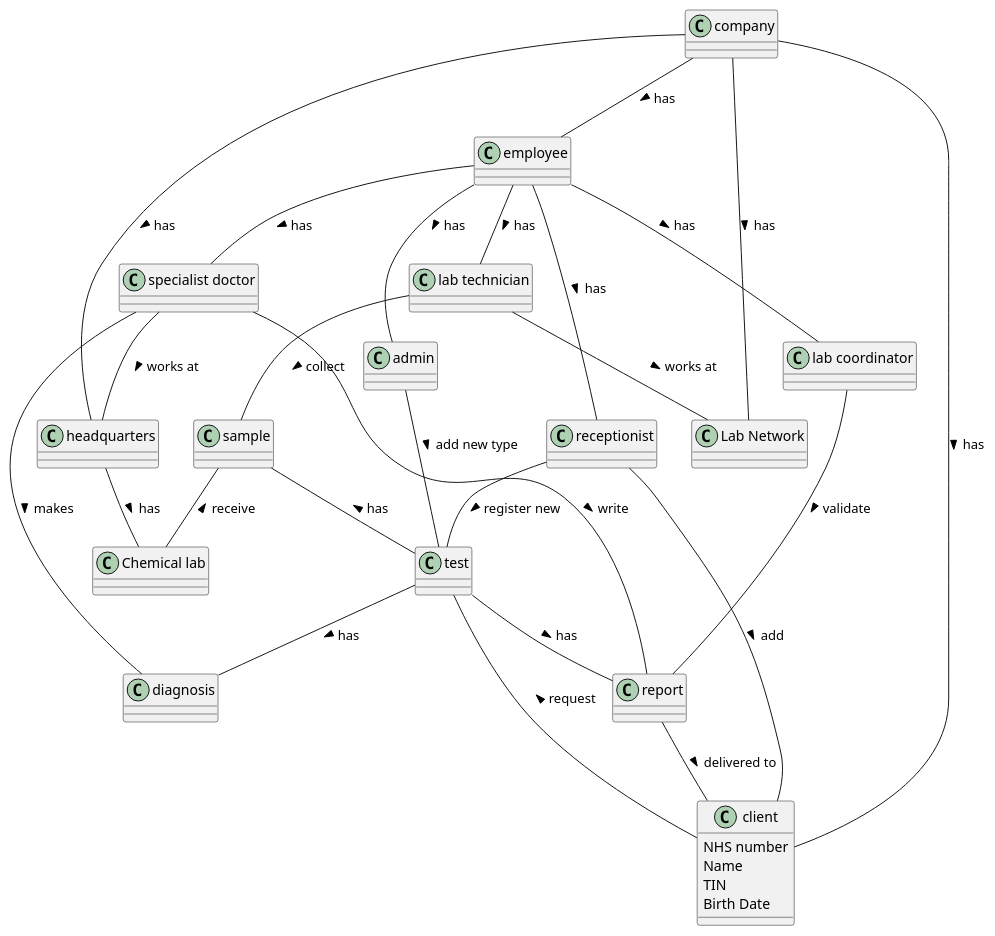
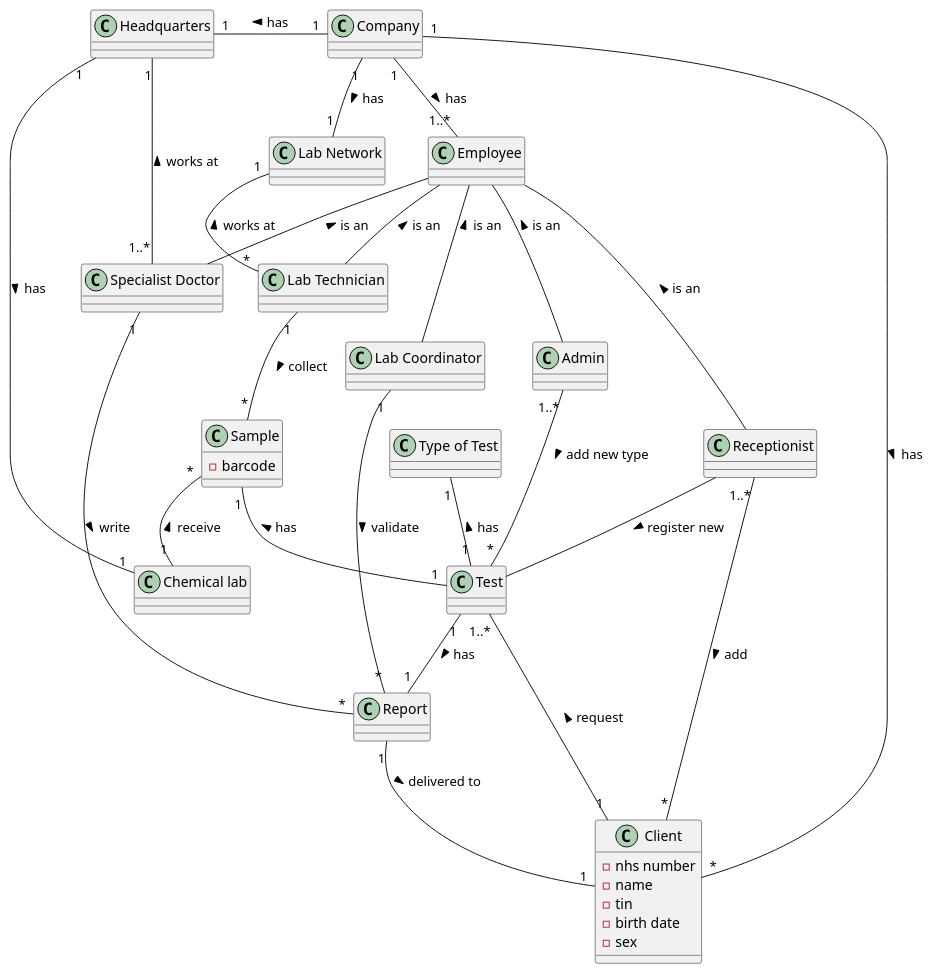
Before and after one commit to GuilhermeCunha79/lapr2: the diagram in docs/SprintA/Domain Model Diagram.puml, drawn with PlantUML. The commit also changed 1 other file, not shown here.

Commit message:
DM diagram update

```diff
--- a/docs/SprintA/Domain Model Diagram.puml
+++ b/docs/SprintA/Domain Model Diagram.puml
@@ -1,38 +1,43 @@
 @startuml
 'https://plantuml.com/sequence-diagram
 
-company -- employee : > has
-company -- client : > has
-company -- "Lab Network" : > has
-"lab technician" -- "Lab Network" : > works at
-receptionist -- test : > register new
-employee -- "lab technician" : > has
-employee -- receptionist : > has
-headquarters -- "Chemical lab" : > has
-company -- headquarters : > has
-receptionist -- client : > add
-employee -- "lab coordinator" : > has
-employee -- admin : > has
-employee -- "specialist doctor" : > has
-admin -- test : > add new type
-test -- report : > has
-test -- diagnosis : > has
-"lab technician" -- sample : > collect
-sample -- test : < has
-"specialist doctor" -- diagnosis : > makes
-"specialist doctor" -- report : > write
-"specialist doctor" -- headquarters : > works at
-report -- client : > delivered to
-sample -- "Chemical lab" : < receive
-"lab coordinator" -- report : > validate
-client -- test : > request
+Company"1" -right- "1..*"Employee : > has
+Company"1" -left- "*"Client : > has
+Company"1" -- "1""Lab Network" : > has
+"Lab Technician""*" -up- "1""Lab Network" : > works at
+Receptionist -- Test : > register new
+Employee -- "Lab Technician" : < is an
+Employee -- Receptionist : < is an
+Headquarters"1" -left- "1""Chemical lab" : > has
+Company"1" -left- "1"Headquarters : > has
+Receptionist"1..*" -- "*"Client : > add
+Employee -- "Lab Coordinator" : < is an
+Employee -- Admin : < is an
+Employee -- "Specialist Doctor" : < is an
+Admin"1..*" -- "*"Test : > add new type
+Test"1" -- "1"Report : > has
+"Lab Technician""1" -- "*"Sample : > collect
+Sample"1" -- "1"Test : < has
 
-class client{
-NHS number
-Name
-TIN
-Birth Date
+"Specialist Doctor""1" -- "*"Report : > write
+"Specialist Doctor""1..*" -- "1"Headquarters : > works at
+Report"1" -- "1"Client : > delivered to
+Sample"*" -- "1""Chemical lab" : < receive
+"Lab Coordinator""1" -- "*"Report : > validate
+Client"1" -- "1..*"Test : > request
 
+"Type of Test""1" -- "1""Test" : < has
+
+class Client{
+-nhs number
+-name
+-tin
+-birth date
+-sex
+}
+
+class Sample{
+-barcode
 }
 
 @enduml
```
